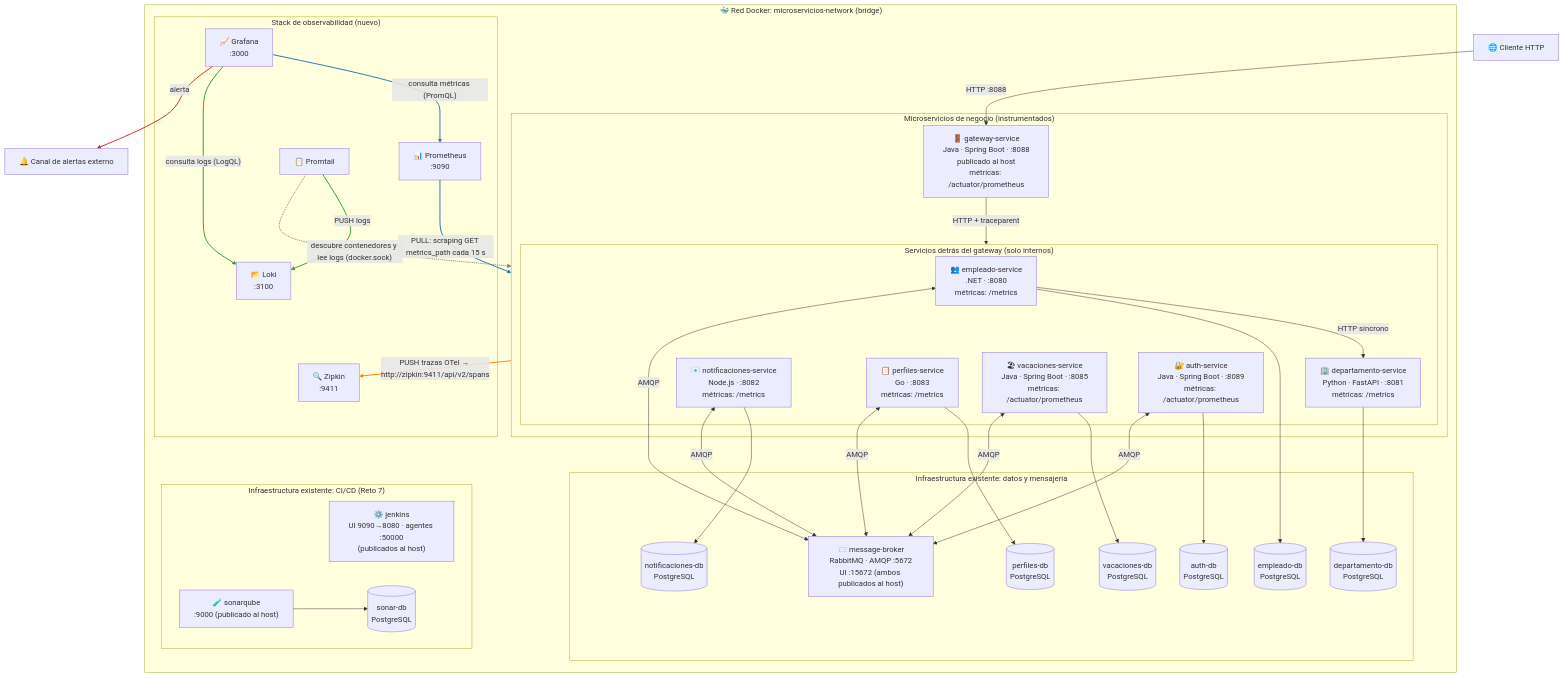
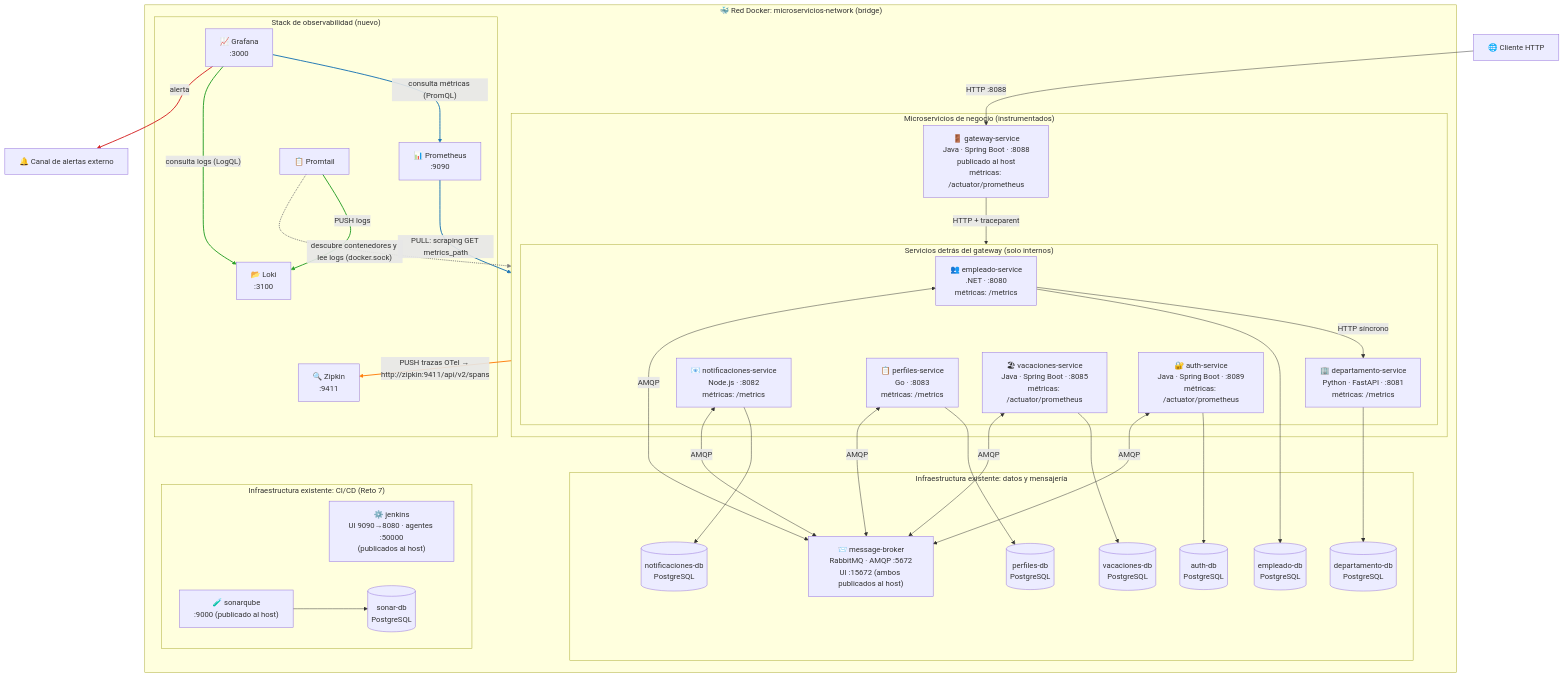
Before and after one commit to FelipePedraza/proyecto-final-microservicios: the diagram in README.md, drawn with Mermaid. The commit also changed other lines of this file and 17 other files, not shown here.

````diff
--- a/README.md
+++ b/README.md
@@ -727,76 +731,76 @@
 ```mermaid
 flowchart TB
     CLI["🌐 Cliente HTTP"]
     ALERT["🔔 Canal de alertas externo"]
  
     subgraph NET["🐳 Red Docker: microservicios-network (bridge)"]
  
         subgraph MS["Microservicios de negocio (instrumentados)"]
             GW["🚪 gateway-service<br/>Java · Spring Boot · :8088<br/>publicado al host<br/>métricas: /actuator/prometheus"]
             subgraph BIZ["Servicios detrás del gateway (solo internos)"]
                 EMP["👥 empleado-service<br/>.NET · :8080<br/>métricas: /metrics"]
                 DEP["🏢 departamento-service<br/>Python · FastAPI · :8081<br/>métricas: /metrics"]
                 NOT["📧 notificaciones-service<br/>Node.js · :8082<br/>métricas: /metrics"]
                 PER["📋 perfiles-service<br/>Go · :8083<br/>métricas: /metrics"]
                 VAC["🏖 vacaciones-service<br/>Java · Spring Boot · :8085<br/>métricas: /actuator/prometheus"]
                 AUTH["🔐 auth-service<br/>Java · Spring Boot · :8089<br/>métricas: /actuator/prometheus"]
             end
         end
  
         subgraph DATA["Infraestructura existente: datos y mensajería"]
             EMPDB[("empleado-db<br/>PostgreSQL")]
             DEPDB[("departamento-db<br/>PostgreSQL")]
             NOTDB[("notificaciones-db<br/>PostgreSQL")]
             PERDB[("perfiles-db<br/>PostgreSQL")]
             VACDB[("vacaciones-db<br/>PostgreSQL")]
             AUTHDB[("auth-db<br/>PostgreSQL")]
             RMQ["📨 message-broker<br/>RabbitMQ · AMQP :5672<br/>UI :15672 (ambos publicados al host)"]
         end
  
         subgraph CICD["Infraestructura existente: CI/CD (Reto 7)"]
             JENK["⚙️ jenkins<br/>UI 9090→8080 · agentes :50000<br/>(publicados al host)"]
             SONAR["🧪 sonarqube<br/>:9000 (publicado al host)"]
             SONARDB[("sonar-db<br/>PostgreSQL")]
         end
  
         subgraph OBS["Stack de observabilidad (nuevo)"]
             PROM["📊 Prometheus<br/>:9090"]
             GRAF["📈 Grafana<br/>:3000"]
             ZIP["🔍 Zipkin<br/>:9411"]
             LOKI["📂 Loki<br/>:3100"]
             PTAIL["📋 Promtail"]
         end
     end
  
     CLI -->|"HTTP :8088"| GW
     GW -->|"HTTP + traceparent"| BIZ
     EMP -->|"HTTP síncrono"| DEP
     EMP --> EMPDB
     DEP --> DEPDB
     NOT --> NOTDB
     PER --> PERDB
     VAC --> VACDB
     AUTH --> AUTHDB
     EMP <-->|"AMQP"| RMQ
     NOT <-->|"AMQP"| RMQ
     PER <-->|"AMQP"| RMQ
     VAC <-->|"AMQP"| RMQ
     AUTH <-->|"AMQP"| RMQ
     SONAR --> SONARDB
  
-    PROM -->|"PULL: scraping GET metrics_path cada 15 s"| MS
+    PROM -->|"PULL: scraping GET metrics_path"| MS
     MS -->|"PUSH trazas OTel → http://zipkin:9411/api/v2/spans"| ZIP
     PTAIL -.->|"descubre contenedores y lee logs (docker.sock)"| MS
     PTAIL -->|"PUSH logs"| LOKI
     GRAF -->|"consulta métricas (PromQL)"| PROM
     GRAF -->|"consulta logs (LogQL)"| LOKI
     GRAF -->|"alerta"| ALERT
  
     linkStyle 15 stroke:#1f77b4,stroke-width:2px
     linkStyle 16 stroke:#ff7f0e,stroke-width:2px
     linkStyle 17 stroke:#7f7f7f,stroke-width:2px
     linkStyle 18 stroke:#2ca02c,stroke-width:2px
     linkStyle 19 stroke:#1f77b4,stroke-width:2px
     linkStyle 20 stroke:#2ca02c,stroke-width:2px
     linkStyle 21 stroke:#d62728,stroke-width:2px
 ```
````
